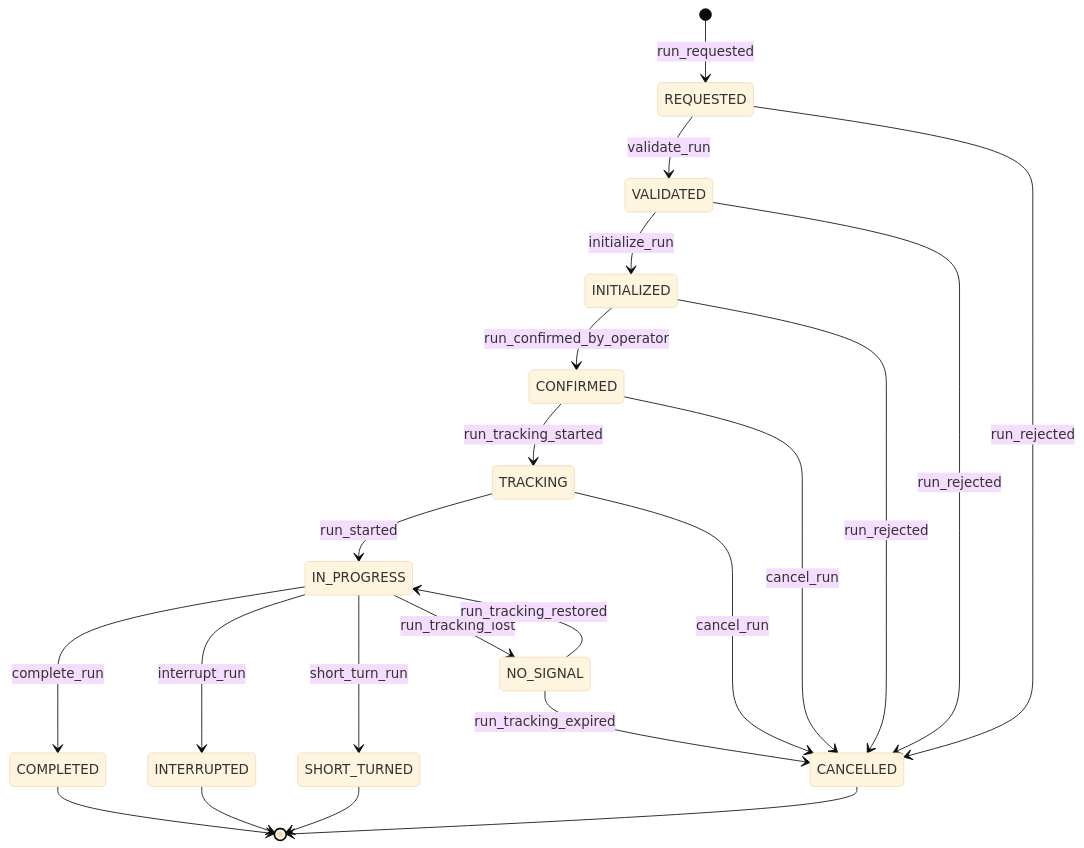
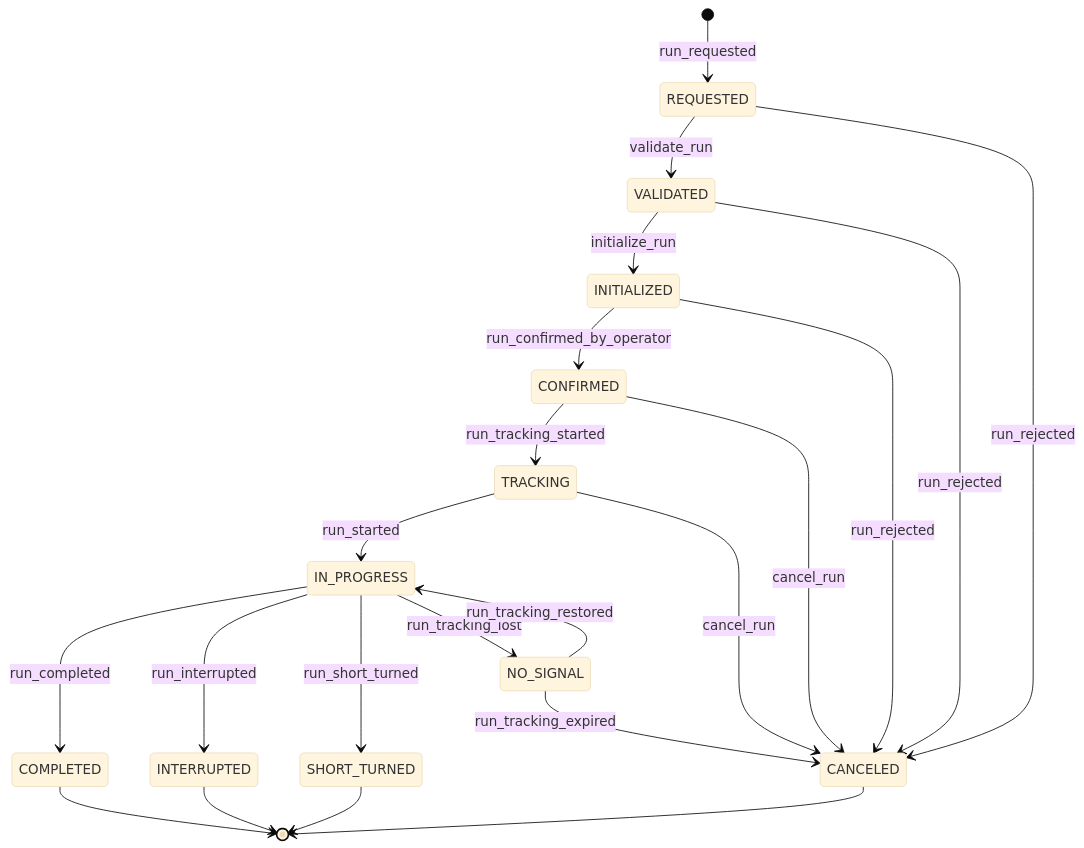
The diagram in docs/content/processes/run-lifecycle.md (simovilab/databus), drawn with Mermaid (base theme) before and after one commit. The commit also changed other lines of this file and 9 other files, not shown here.

Commit message:
refactor: renaming the events "complete_run" (a command) to "run_completed" (a fact that is detected, even with manual input)

````diff
--- a/docs/content/processes/run-lifecycle.md
+++ b/docs/content/processes/run-lifecycle.md
@@ -9,24 +9,24 @@
 ```mermaid
 stateDiagram-v2
     [*] --> REQUESTED : run_requested
     REQUESTED --> VALIDATED : validate_run
-    REQUESTED --> CANCELLED : run_rejected
+    REQUESTED --> CANCELED : run_rejected
     VALIDATED --> INITIALIZED : initialize_run
-    VALIDATED --> CANCELLED : run_rejected
+    VALIDATED --> CANCELED : run_rejected
     INITIALIZED --> CONFIRMED : run_confirmed_by_operator
-    INITIALIZED --> CANCELLED : run_rejected
+    INITIALIZED --> CANCELED : run_rejected
     CONFIRMED --> TRACKING : run_tracking_started
-    CONFIRMED --> CANCELLED : cancel_run
+    CONFIRMED --> CANCELED : cancel_run
     TRACKING --> IN_PROGRESS : run_started
-    TRACKING --> CANCELLED : cancel_run
-    IN_PROGRESS --> COMPLETED : complete_run
-    IN_PROGRESS --> INTERRUPTED : interrupt_run
-    IN_PROGRESS --> SHORT_TURNED : short_turn_run
+    TRACKING --> CANCELED : cancel_run
+    IN_PROGRESS --> COMPLETED : run_completed
+    IN_PROGRESS --> INTERRUPTED : run_interrupted
+    IN_PROGRESS --> SHORT_TURNED : run_short_turned
     IN_PROGRESS --> NO_SIGNAL : run_tracking_lost
     NO_SIGNAL --> IN_PROGRESS : run_tracking_restored
-    NO_SIGNAL --> CANCELLED : run_tracking_expired
+    NO_SIGNAL --> CANCELED : run_tracking_expired
     COMPLETED --> [*]
     INTERRUPTED --> [*]
-    CANCELLED --> [*]
+    CANCELED --> [*]
     SHORT_TURNED --> [*]
 ```
````
